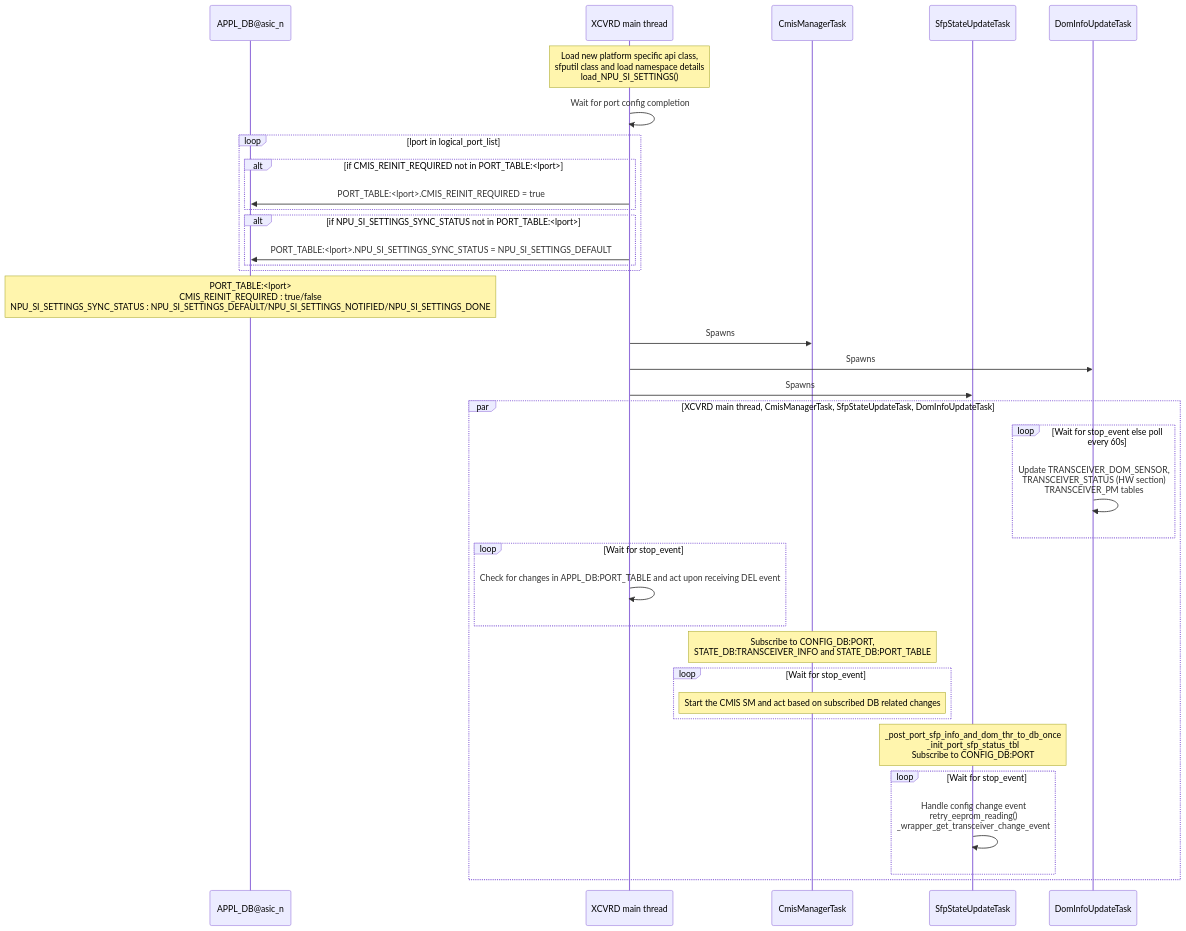
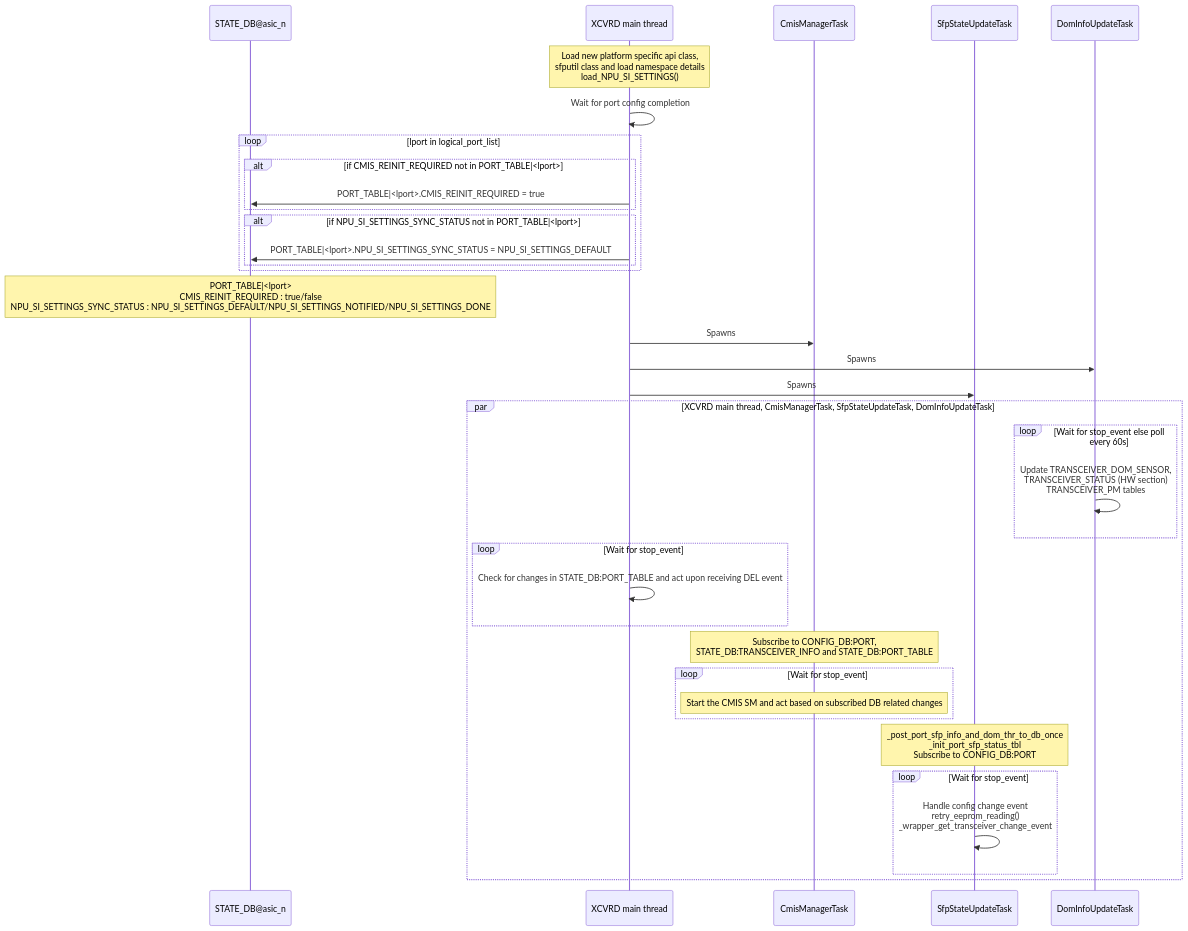
One commit to sonic-net/SONiC changed the first of 5 diagrams in doc/sfp-cmis/Interface-Link-bring-up-sequence.md. Above: the diagram before and after it, drawn with Mermaid. The commit also changed other lines of this file, not shown here.

Commit message:
Replaced usage of PORT_TABLE for storing the keys from APPL_DB to STATE_DB

````diff
--- a/doc/sfp-cmis/Interface-Link-bring-up-sequence.md
+++ b/doc/sfp-cmis/Interface-Link-bring-up-sequence.md
@@ -259,39 +255,39 @@
 ```mermaid
 sequenceDiagram
-    participant APPL_DB as APPL_DB@asic_n
+    participant STATE_DB as STATE_DB@asic_n
     participant XCVRDMT as XCVRD main thread
     participant CmisManagerTask
     participant SfpStateUpdateTask
     participant DomInfoUpdateTask
 
     Note over XCVRDMT: Load new platform specific api class,<br> sfputil class and load namespace details<br> load_NPU_SI_SETTINGS()
     XCVRDMT ->> XCVRDMT: Wait for port config completion
     loop lport in logical_port_list
-        alt if CMIS_REINIT_REQUIRED not in PORT_TABLE:<lport>
-            XCVRDMT ->> APPL_DB: PORT_TABLE:<lport>.CMIS_REINIT_REQUIRED = true
+        alt if CMIS_REINIT_REQUIRED not in PORT_TABLE|<lport>
+            XCVRDMT ->> STATE_DB: PORT_TABLE|<lport>.CMIS_REINIT_REQUIRED = true
         end
-        alt if NPU_SI_SETTINGS_SYNC_STATUS not in PORT_TABLE:<lport>
-            XCVRDMT ->> APPL_DB: PORT_TABLE:<lport>.NPU_SI_SETTINGS_SYNC_STATUS = NPU_SI_SETTINGS_DEFAULT
+        alt if NPU_SI_SETTINGS_SYNC_STATUS not in PORT_TABLE|<lport>
+            XCVRDMT ->> STATE_DB: PORT_TABLE|<lport>.NPU_SI_SETTINGS_SYNC_STATUS = NPU_SI_SETTINGS_DEFAULT
         end
     end
-    Note over APPL_DB: PORT_TABLE:<lport><br>CMIS_REINIT_REQUIRED : true/false<br>NPU_SI_SETTINGS_SYNC_STATUS : NPU_SI_SETTINGS_DEFAULT/NPU_SI_SETTINGS_NOTIFIED/NPU_SI_SETTINGS_DONE
+    Note over STATE_DB: PORT_TABLE|<lport><br>CMIS_REINIT_REQUIRED : true/false<br>NPU_SI_SETTINGS_SYNC_STATUS : NPU_SI_SETTINGS_DEFAULT/NPU_SI_SETTINGS_NOTIFIED/NPU_SI_SETTINGS_DONE
     XCVRDMT ->> CmisManagerTask: Spawns
     XCVRDMT ->> DomInfoUpdateTask: Spawns
     XCVRDMT ->> SfpStateUpdateTask: Spawns
     par XCVRD main thread, CmisManagerTask, SfpStateUpdateTask, DomInfoUpdateTask
         loop Wait for stop_event else poll every 60s
             DomInfoUpdateTask->>DomInfoUpdateTask: Update TRANSCEIVER_DOM_SENSOR,<br>TRANSCEIVER_STATUS (HW section)<br>TRANSCEIVER_PM tables
         end
         loop Wait for stop_event
-            XCVRDMT->>XCVRDMT: Check for changes in APPL_DB:PORT_TABLE and act upon receiving DEL event
+            XCVRDMT->>XCVRDMT: Check for changes in STATE_DB:PORT_TABLE and act upon receiving DEL event
         end
         Note over CmisManagerTask: Subscribe to CONFIG_DB:PORT,<br>STATE_DB:TRANSCEIVER_INFO and STATE_DB:PORT_TABLE
         loop Wait for stop_event
             Note over CmisManagerTask: Start the CMIS SM and act based on subscribed DB related changes
         end
         Note over SfpStateUpdateTask: _post_port_sfp_info_and_dom_thr_to_db_once<br>_init_port_sfp_status_tbl<br>Subscribe to CONFIG_DB:PORT
         loop Wait for stop_event
             SfpStateUpdateTask ->> SfpStateUpdateTask: Handle config change event<br>retry_eeprom_reading()<br>_wrapper_get_transceiver_change_event
         end
     end
 ```
````
